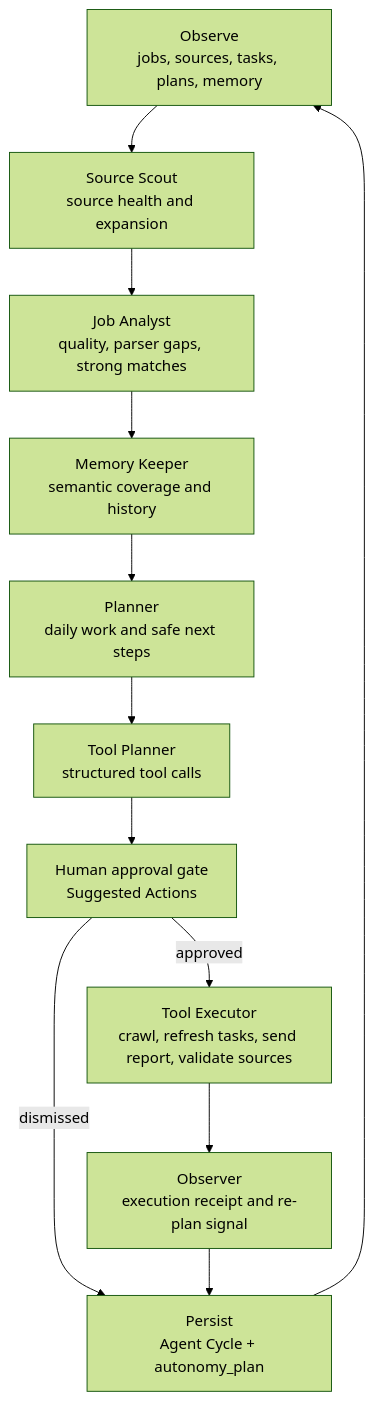
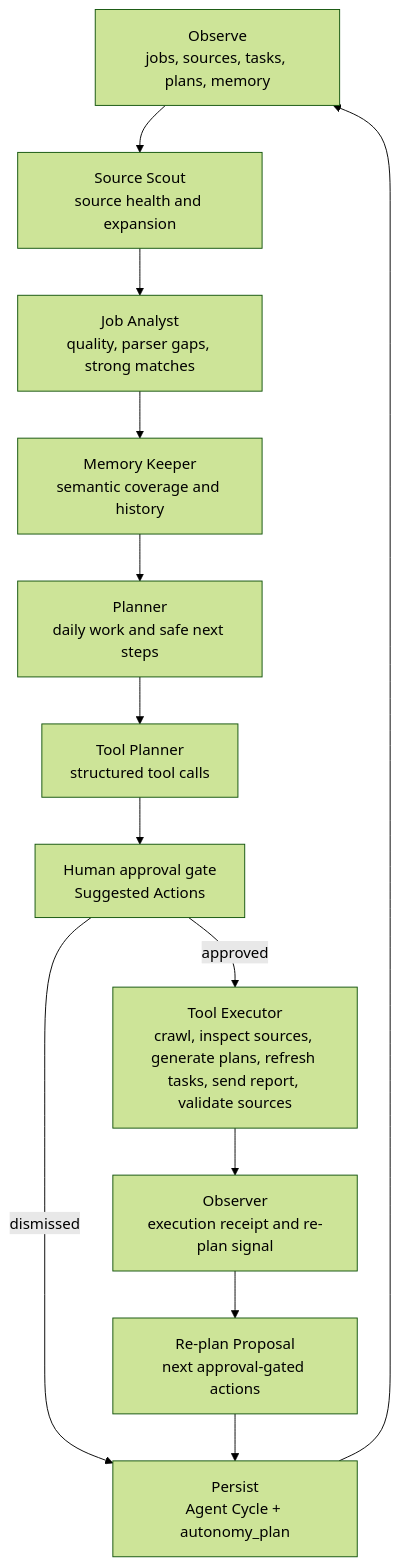
One commit to wenroudeyanhuo/Job-hunter-agent changed the second of 4 diagrams in docs/architecture.md. Above: the diagram before and after it, drawn with Mermaid (forest theme). The commit also changed other lines of this file and 20 other files, not shown here.

````diff
--- a/docs/architecture.md
+++ b/docs/architecture.md
@@ -71,20 +74,21 @@
 ```mermaid
 flowchart TD
   Observe["Observe<br/>jobs, sources, tasks, plans, memory"]
   SourceScout["Source Scout<br/>source health and expansion"]
   JobAnalyst["Job Analyst<br/>quality, parser gaps, strong matches"]
   MemoryKeeper["Memory Keeper<br/>semantic coverage and history"]
   Planner["Planner<br/>daily work and safe next steps"]
   ToolPlanner["Tool Planner<br/>structured tool calls"]
   Approval["Human approval gate<br/>Suggested Actions"]
-  Executor["Tool Executor<br/>crawl, refresh tasks, send report, validate sources"]
+  Executor["Tool Executor<br/>crawl, inspect sources, generate plans, refresh tasks, send report, validate sources"]
   Observer["Observer<br/>execution receipt and re-plan signal"]
+  Replan["Re-plan Proposal<br/>next approval-gated actions"]
   Persist["Persist<br/>Agent Cycle + autonomy_plan"]
 
   Observe --> SourceScout --> JobAnalyst --> MemoryKeeper --> Planner --> ToolPlanner
   ToolPlanner --> Approval
   Approval -->|approved| Executor
   Approval -->|dismissed| Persist
-  Executor --> Observer --> Persist
+  Executor --> Observer --> Replan --> Persist
   Persist --> Observe
 ```
````
